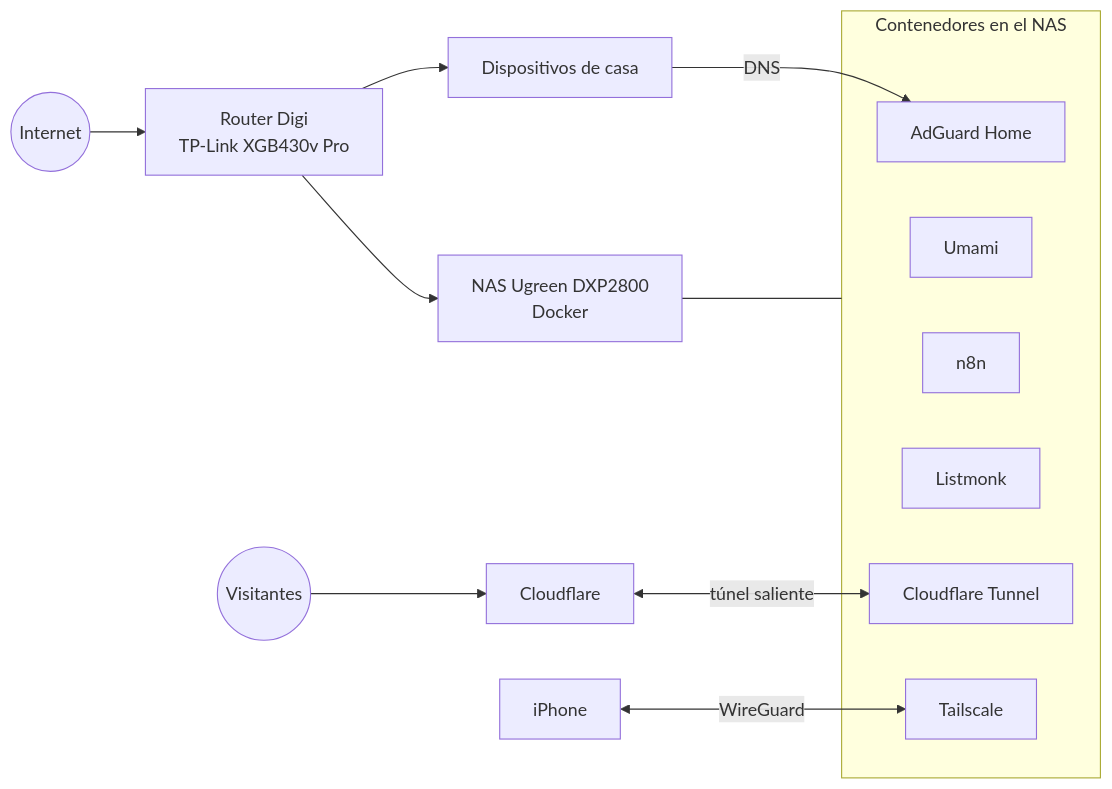
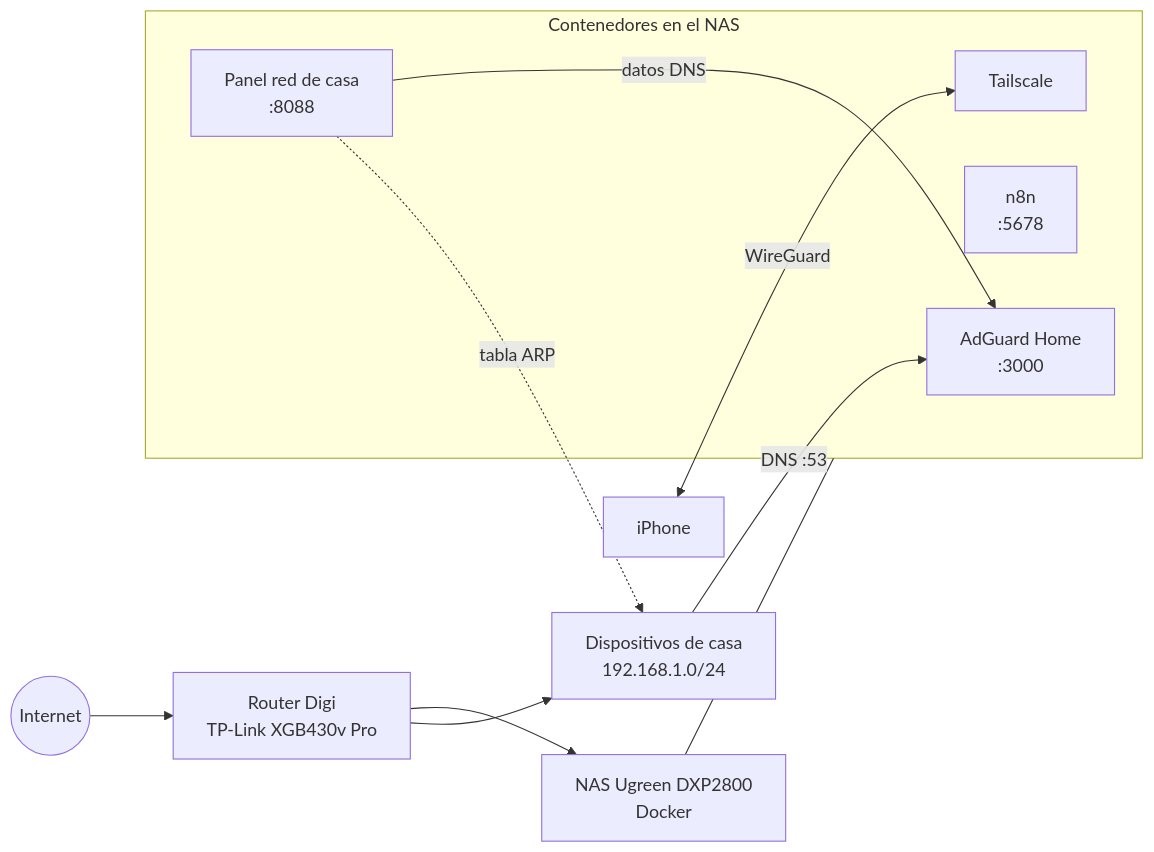
The diagram in docs/red.md (erik-briceno/homelab), drawn with Mermaid before and after one commit. The commit also changed other lines of this file, not shown here.

````diff
--- a/docs/red.md
+++ b/docs/red.md
@@ -3,19 +3,17 @@
 ```mermaid
 flowchart LR
     internet((Internet)) --> router[Router Digi<br/>TP-Link XGB430v Pro]
     router --> nas[NAS Ugreen DXP2800<br/>Docker]
-    router --> lan[Dispositivos de casa]
-    lan -- DNS --> adguard
+    router --> lan[Dispositivos de casa<br/>192.168.1.0/24]
+    lan -- DNS :53 --> adguard
     subgraph nas_docker [Contenedores en el NAS]
-        adguard[AdGuard Home]
-        umami[Umami]
-        n8n[n8n]
-        listmonk[Listmonk]
-        cloudflared[Cloudflare Tunnel]
+        adguard[AdGuard Home<br/>:3000]
+        panel[Panel red de casa<br/>:8088]
+        n8n[n8n<br/>:5678]
         tailscale[Tailscale]
     end
     nas --- nas_docker
-    cf[Cloudflare] <-- túnel saliente --> cloudflared
-    usuarios((Visitantes)) --> cf
+    panel -- datos DNS --> adguard
+    panel -. tabla ARP .-> lan
     movil[iPhone] <-- WireGuard --> tailscale
 ```
````
